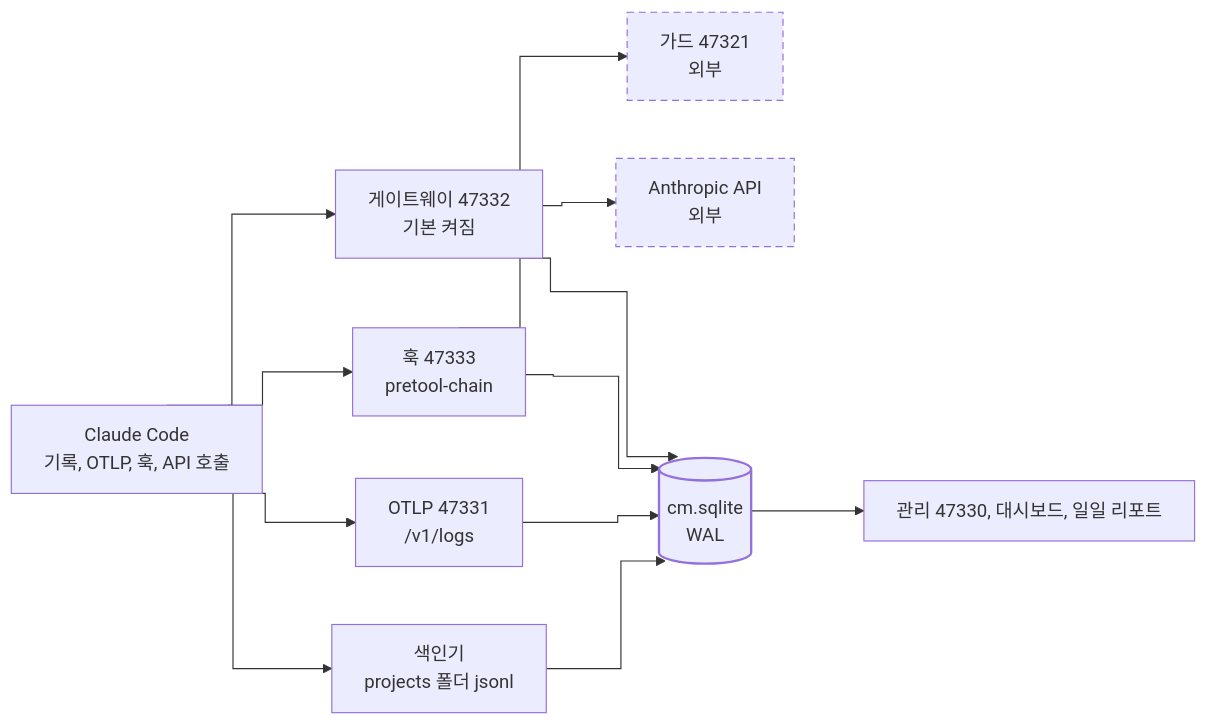
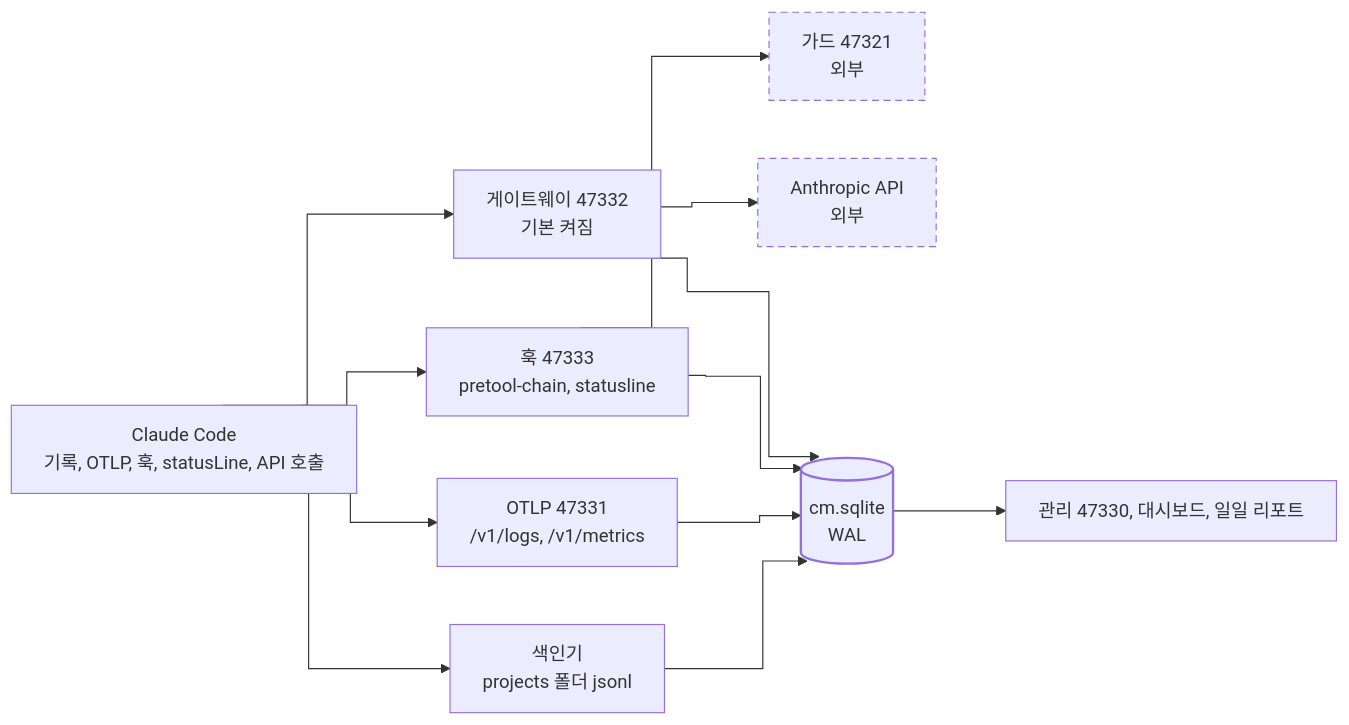
One commit to jungho-dev/claude-monitor changed the first of 2 diagrams in ARCHITECTURE-ko.md. Above: the diagram before and after it, drawn with Mermaid. The commit also changed other lines of this file and 84 other files, not shown here.

````diff
--- a/ARCHITECTURE-ko.md
+++ b/ARCHITECTURE-ko.md
@@ -154,38 +185,38 @@
 ```mermaid
 ---
 config:
   fontFamily: "Malgun Gothic, Arial, sans-serif"
   themeCSS: "* { font-family: Malgun Gothic, Arial, sans-serif !important; }"
   flowchart:
     curve: step
     nodeSpacing: 50
     rankSpacing: 60
     padding: 14
     wrappingWidth: 300
 ---
 flowchart LR
-    CC["Claude Code<br/>기록, OTLP, 훅, API 호출"]
+    CC["Claude Code<br/>기록, OTLP, 훅, statusLine, API 호출"]
     IDX["색인기<br/>projects 폴더 jsonl"]
-    OT["OTLP 47331<br/>/v1/logs"]
-    HK["훅 47333<br/>pretool-chain"]
+    OT["OTLP 47331<br/>/v1/logs, /v1/metrics"]
+    HK["훅 47333<br/>pretool-chain, statusline"]
     GW["게이트웨이 47332<br/>기본 켜짐"]
     GD["가드 47321<br/>외부"]
     API["Anthropic API<br/>외부"]
     DB[("cm.sqlite<br/>WAL")]
     OUT["관리 47330, 대시보드, 일일 리포트"]
     CC --> IDX
     CC --> OT
     CC --> HK
     CC --> GW
     HK --> GD
     GW --> API
     IDX --> DB
     OT --> DB
     HK --> DB
     GW --> DB
     DB --> OUT
     classDef key stroke-width:2px
     classDef ext stroke-dasharray:6 4
     class GD,API ext
     class DB key
 ```
````
